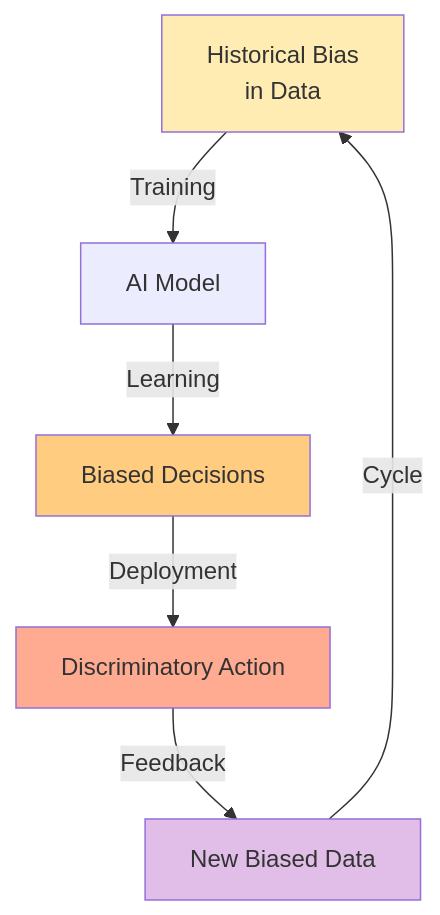
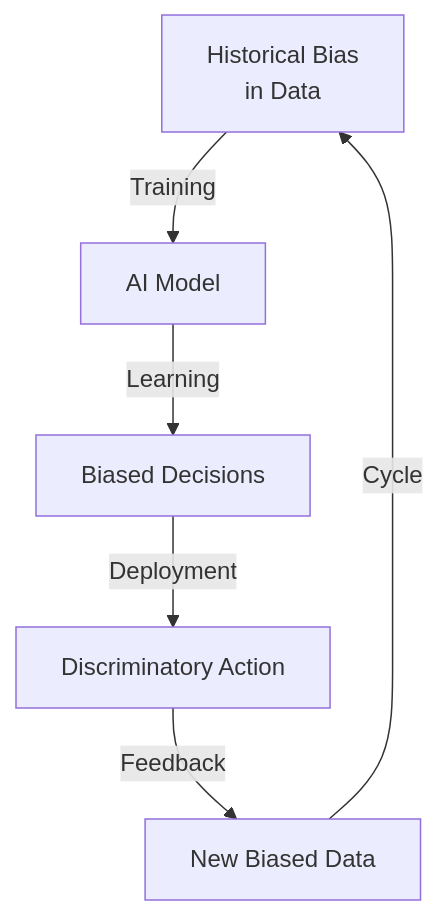
The second of 9 diagrams in bab-10-etika.md (antonprafanto/dasarAI2026), drawn with Mermaid before and after one commit. The commit also changed other lines of this file and 8 other files, not shown here.

Commit message:
Fix: Remove custom Mermaid styling for better dark mode visibility

````diff
--- a/bab-10-etika.md
+++ b/bab-10-etika.md
@@ -65,13 +63,8 @@
 ```mermaid
 graph TD
     HistBias[Historical Bias<br>in Data] -->|Training| AI[AI Model]
     AI -->|Learning| ModelBias[Biased Decisions]
     ModelBias -->|Deployment| Action[Discriminatory Action]
     Action -->|Feedback| NewData[New Biased Data]
     NewData -->|Cycle| HistBias
-
-    style HistBias fill:#ffecb3
-    style ModelBias fill:#ffcc80
-    style Action fill:#ffab91
-    style NewData fill:#e1bee7
 ```
````
